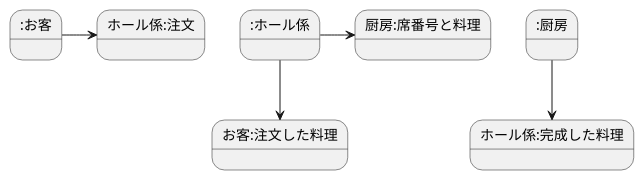
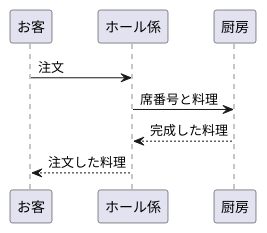
One commit to Aso2001406/2021sys-design changed the diagram in report2.md. Above: the diagram before and after it, drawn with PlantUML.

````diff
--- a/report2.md
+++ b/report2.md
@@ -1,8 +1,8 @@
 ```uml
 @startuml
-:お客 -> ホール係:注文
-:ホール係 -> 厨房:席番号と料理
-:厨房 --> ホール係:完成した料理
-:ホール係 --> お客:注文した料理
+お客 ->ホール係:注文
+ホール係 -> 厨房:席番号と料理
+厨房 --> ホール係:完成した料理
+ホール係 --> お客:注文した料理
 @enduml
 ```
````
